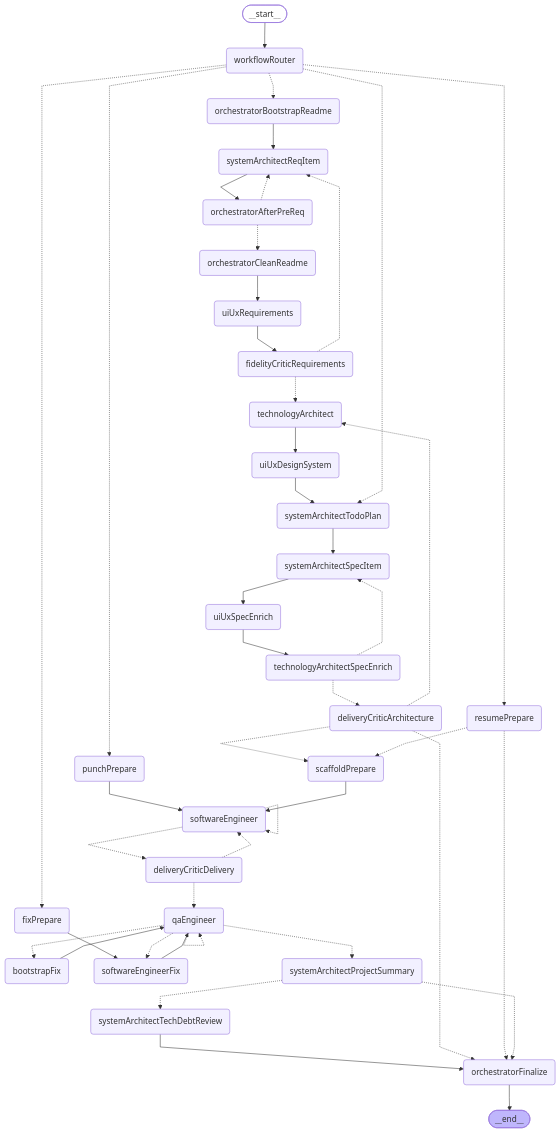
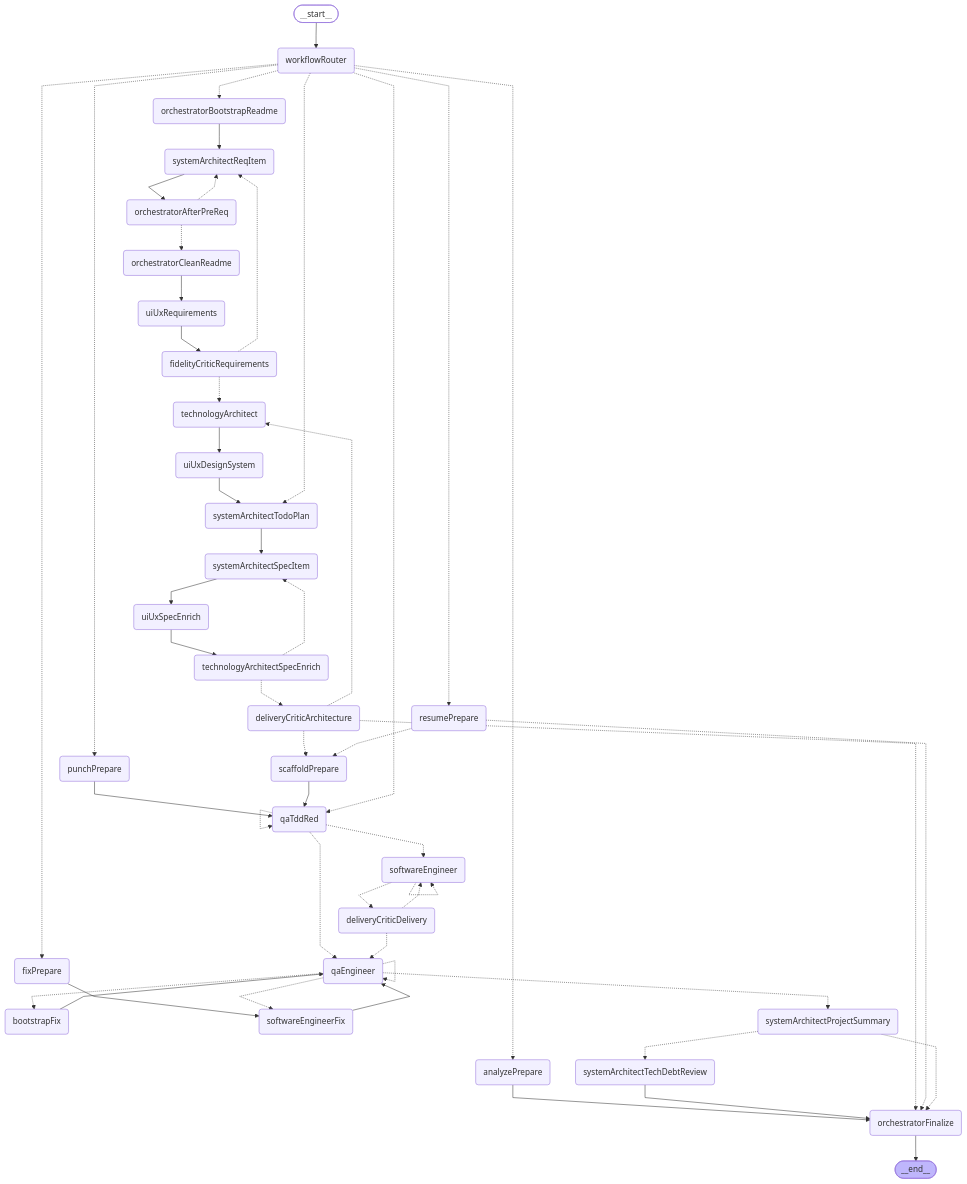
One commit to hilderney/dev-team-orchestrator-mcp changed the diagram in .docs/langgraph.mmd. Above: the diagram before and after it, drawn with Mermaid. The commit also changed 27 other files, not shown here.

```diff
--- a/.docs/langgraph.mmd
+++ b/.docs/langgraph.mmd
@@ -1,77 +1,86 @@
-%% spec-driven pipeline (workflowRouter → full|docs|feature|punch|fix)
+%% spec-driven pipeline (workflowRouter → full|docs|feature|punch|fix|resume|tests|analyze)
+%% Dump via `npm run graph` — edges include TDD: scaffoldPrepare → qaTddRed → softwareEngineer → deliveryCriticDelivery → qaEngineer
 %%{init: {'flowchart': {'curve': 'linear'}}}%%
 graph TD;
 	__start__([<p>__start__</p>]):::first
 	workflowRouter(workflowRouter)
 	punchPrepare(punchPrepare)
 	fixPrepare(fixPrepare)
 	resumePrepare(resumePrepare)
 	orchestratorBootstrapReadme(orchestratorBootstrapReadme)
 	systemArchitectReqItem(systemArchitectReqItem)
 	orchestratorAfterPreReq(orchestratorAfterPreReq)
 	orchestratorCleanReadme(orchestratorCleanReadme)
 	uiUxRequirements(uiUxRequirements)
 	fidelityCriticRequirements(fidelityCriticRequirements)
 	technologyArchitect(technologyArchitect)
 	uiUxDesignSystem(uiUxDesignSystem)
 	systemArchitectTodoPlan(systemArchitectTodoPlan)
 	systemArchitectSpecItem(systemArchitectSpecItem)
 	uiUxSpecEnrich(uiUxSpecEnrich)
 	technologyArchitectSpecEnrich(technologyArchitectSpecEnrich)
 	deliveryCriticArchitecture(deliveryCriticArchitecture)
 	scaffoldPrepare(scaffoldPrepare)
 	bootstrapFix(bootstrapFix)
+	qaTddRed(qaTddRed)
+	analyzePrepare(analyzePrepare)
 	softwareEngineer(softwareEngineer)
 	deliveryCriticDelivery(deliveryCriticDelivery)
 	softwareEngineerFix(softwareEngineerFix)
 	qaEngineer(qaEngineer)
 	systemArchitectProjectSummary(systemArchitectProjectSummary)
 	systemArchitectTechDebtReview(systemArchitectTechDebtReview)
 	orchestratorFinalize(orchestratorFinalize)
 	__end__([<p>__end__</p>]):::last
 	__start__ --> workflowRouter;
+	analyzePrepare --> orchestratorFinalize;
 	bootstrapFix --> qaEngineer;
 	fixPrepare --> softwareEngineerFix;
 	orchestratorBootstrapReadme --> systemArchitectReqItem;
 	orchestratorCleanReadme --> uiUxRequirements;
 	orchestratorFinalize --> __end__;
-	punchPrepare --> softwareEngineer;
-	scaffoldPrepare --> softwareEngineer;
+	punchPrepare --> qaTddRed;
+	scaffoldPrepare --> qaTddRed;
 	softwareEngineerFix --> qaEngineer;
 	systemArchitectReqItem --> orchestratorAfterPreReq;
 	systemArchitectSpecItem --> uiUxSpecEnrich;
 	systemArchitectTechDebtReview --> orchestratorFinalize;
 	systemArchitectTodoPlan --> systemArchitectSpecItem;
 	technologyArchitect --> uiUxDesignSystem;
 	uiUxDesignSystem --> systemArchitectTodoPlan;
 	uiUxRequirements --> fidelityCriticRequirements;
 	uiUxSpecEnrich --> technologyArchitectSpecEnrich;
 	workflowRouter -.-> orchestratorBootstrapReadme;
 	workflowRouter -.-> systemArchitectTodoPlan;
 	workflowRouter -.-> punchPrepare;
 	workflowRouter -.-> fixPrepare;
 	workflowRouter -.-> resumePrepare;
+	workflowRouter -.-> qaTddRed;
+	workflowRouter -.-> analyzePrepare;
 	orchestratorAfterPreReq -.-> systemArchitectReqItem;
 	orchestratorAfterPreReq -.-> orchestratorCleanReadme;
 	fidelityCriticRequirements -.-> systemArchitectReqItem;
 	fidelityCriticRequirements -.-> technologyArchitect;
 	technologyArchitectSpecEnrich -.-> systemArchitectSpecItem;
 	technologyArchitectSpecEnrich -.-> deliveryCriticArchitecture;
 	deliveryCriticArchitecture -.-> technologyArchitect;
 	deliveryCriticArchitecture -.-> scaffoldPrepare;
 	deliveryCriticArchitecture -.-> orchestratorFinalize;
 	resumePrepare -.-> scaffoldPrepare;
 	resumePrepare -.-> orchestratorFinalize;
+	qaTddRed -.-> softwareEngineer;
+	qaTddRed -.-> qaEngineer;
 	softwareEngineer -.-> deliveryCriticDelivery;
 	deliveryCriticDelivery -.-> softwareEngineer;
 	deliveryCriticDelivery -.-> qaEngineer;
 	qaEngineer -.-> softwareEngineerFix;
 	qaEngineer -.-> bootstrapFix;
 	qaEngineer -.-> systemArchitectProjectSummary;
 	systemArchitectProjectSummary -.-> systemArchitectTechDebtReview;
 	systemArchitectProjectSummary -.-> orchestratorFinalize;
+	qaTddRed -.-> qaTddRed;
 	softwareEngineer -.-> softwareEngineer;
 	qaEngineer -.-> qaEngineer;
 	classDef default fill:#f2f0ff,line-height:1.2;
 	classDef first fill-opacity:0;
 	classDef last fill:#bfb6fc;
```
